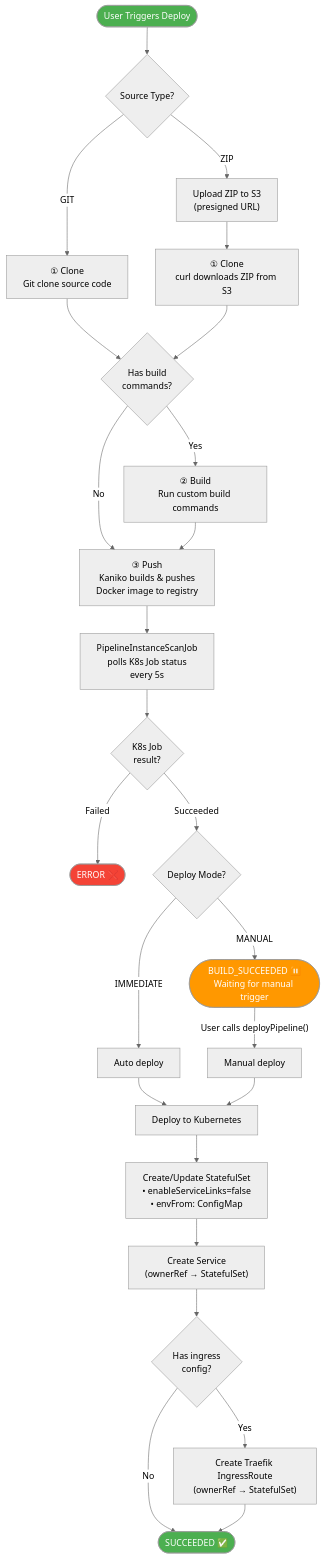
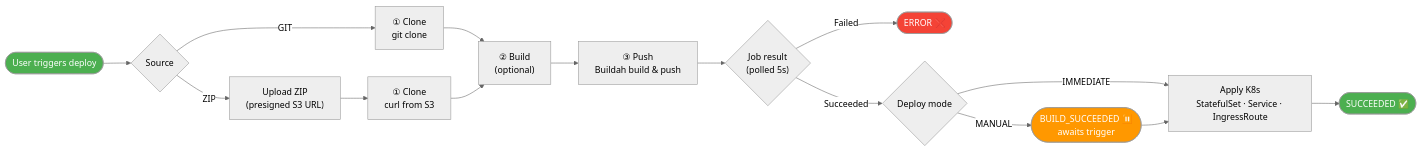
Before and after one commit to wellCh4n/oops: the first of 2 diagrams in README.md, drawn with Mermaid (neutral theme). The commit also changed other lines of this file and 2 other files, not shown here.

Commit message:
docs: refresh CLAUDE.md for DDD layout and compact README diagrams

````diff
--- a/README.md
+++ b/README.md
@@ -121,42 +121,22 @@
 ```mermaid
-flowchart TD
-    Start([User Triggers Deploy]) --> SourceType{Source Type?}
-
-    SourceType -->|GIT| GitClone["① Clone\nGit clone source code"]
-    SourceType -->|ZIP| Upload["Upload ZIP to S3\n(presigned URL)"]
-    Upload --> ZipDownload["① Clone\ncurl downloads ZIP from S3"]
-
-    GitClone --> BuildStep{Has build\ncommands?}
-    ZipDownload --> BuildStep
-
-    BuildStep -->|Yes| Build["② Build\nRun custom build commands"]
-    BuildStep -->|No| Push
-
-    Build --> Push["③ Push\nKaniko builds & pushes\nDocker image to registry"]
-
-    Push --> ScanJob["PipelineInstanceScanJob\npolls K8s Job status\nevery 5s"]
-
-    ScanJob --> JobResult{K8s Job\nresult?}
-
-    JobResult -->|Failed| Error([ERROR ❌])
-    JobResult -->|Succeeded| DeployMode{Deploy Mode?}
-
-    DeployMode -->|IMMEDIATE| DeployAuto["Auto deploy"]
-    DeployMode -->|MANUAL| WaitManual([BUILD_SUCCEEDED ⏸️\nWaiting for manual trigger])
-    WaitManual -->|"User calls deployPipeline()"| DeployManual["Manual deploy"]
-
-    DeployAuto --> Deploy
-    DeployManual --> Deploy
-
-    Deploy["Deploy to Kubernetes"] --> CreateSS["Create/Update StatefulSet\n• enableServiceLinks=false\n• envFrom: ConfigMap"]
-    CreateSS --> CreateSvc["Create Service\n(ownerRef → StatefulSet)"]
-    CreateSvc --> HasIngress{Has ingress\nconfig?}
-    HasIngress -->|Yes| CreateIR["Create Traefik IngressRoute\n(ownerRef → StatefulSet)"]
-    HasIngress -->|No| Success
-    CreateIR --> Success([SUCCEEDED ✅])
+flowchart LR
+    Start([User triggers deploy]) --> Src{Source}
+    Src -->|GIT| Clone["① Clone<br/>git clone"]
+    Src -->|ZIP| Upload["Upload ZIP<br/>(presigned S3 URL)"]
+    Upload --> CloneZ["① Clone<br/>curl from S3"]
+    Clone --> Build["② Build<br/>(optional)"]
+    CloneZ --> Build
+    Build --> Push["③ Push<br/>Buildah build & push"]
+    Push --> Scan{"Job result<br/>(polled 5s)"}
+    Scan -->|Failed| Err([ERROR ❌])
+    Scan -->|Succeeded| Mode{Deploy mode}
+    Mode -->|MANUAL| Wait([BUILD_SUCCEEDED ⏸️<br/>awaits trigger])
+    Mode -->|IMMEDIATE| Deploy["Apply K8s<br/>StatefulSet · Service · IngressRoute"]
+    Wait --> Deploy
+    Deploy --> Ok([SUCCEEDED ✅])
 
     style Start fill:#4CAF50,color:#fff
-    style Success fill:#4CAF50,color:#fff
-    style Error fill:#f44336,color:#fff
-    style WaitManual fill:#FF9800,color:#fff
+    style Ok fill:#4CAF50,color:#fff
+    style Err fill:#f44336,color:#fff
+    style Wait fill:#FF9800,color:#fff
 ```
````
